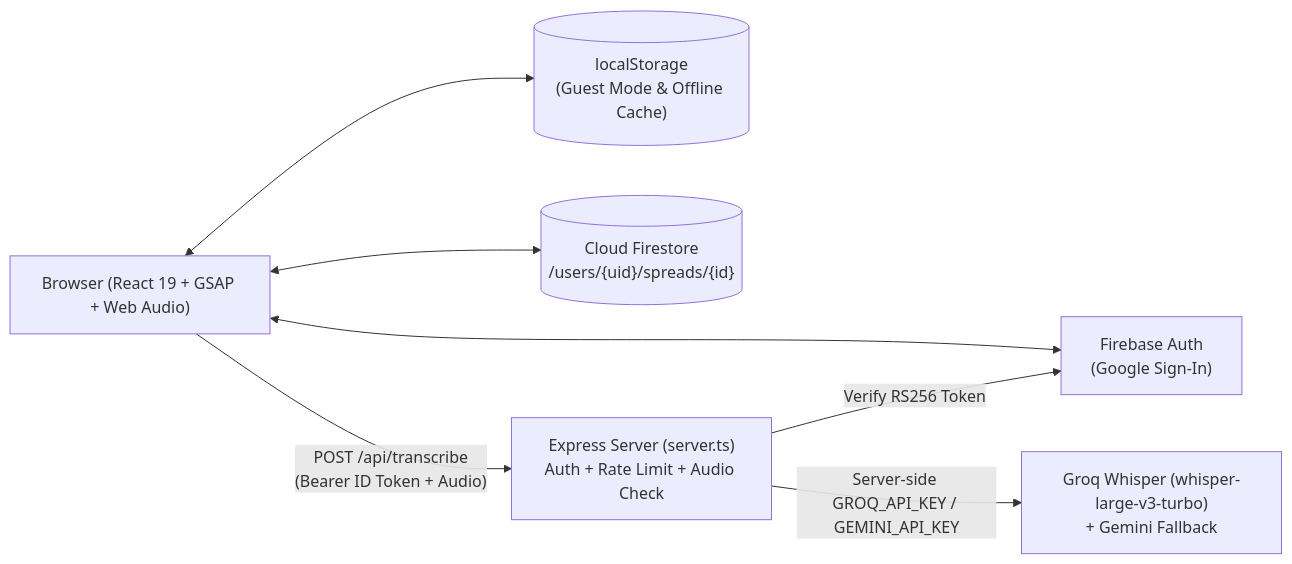
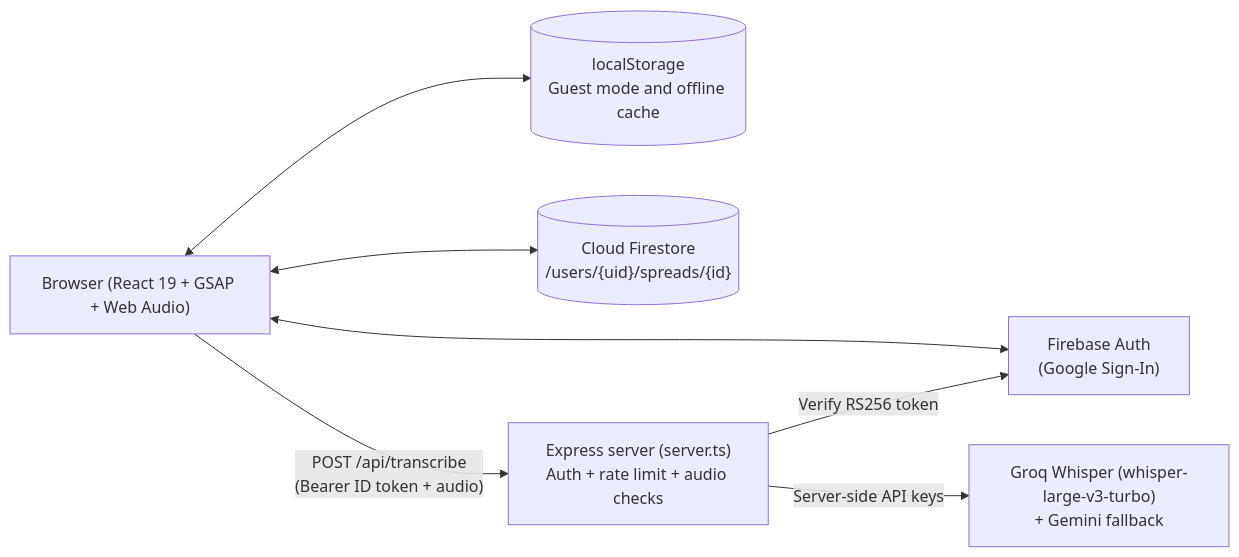
The first of 2 diagrams in README.md (ArnavPoswal15/Folio), drawn with Mermaid before and after one commit. The commit also changed other lines of this file and 3 other files, not shown here.

````diff
--- a/README.md
+++ b/README.md
@@ -30,16 +65,16 @@
 ```mermaid
 flowchart LR
   Browser["Browser (React 19 + GSAP + Web Audio)"]
-  LocalStore[("localStorage\n(Guest Mode & Offline Cache)")]
-  FirebaseAuth["Firebase Auth\n(Google Sign-In)"]
-  Firestore[("Cloud Firestore\n/users/{uid}/spreads/{id}")]
-  Express["Express Server (server.ts)\nAuth + Rate Limit + Audio Check"]
-  STT["Groq Whisper (whisper-large-v3-turbo)\n+ Gemini Fallback"]
+  LocalStore[("localStorage<br/>Guest mode and offline cache")]
+  FirebaseAuth["Firebase Auth<br/>(Google Sign-In)"]
+  Firestore[("Cloud Firestore<br/>/users/{uid}/spreads/{id}")]
+  Express["Express server (server.ts)<br/>Auth + rate limit + audio checks"]
+  STT["Groq Whisper (whisper-large-v3-turbo)<br/>+ Gemini fallback"]
 
   Browser <--> LocalStore
   Browser <--> FirebaseAuth
   Browser <--> Firestore
-  Browser -- "POST /api/transcribe\n(Bearer ID Token + Audio)" --> Express
-  Express -- "Verify RS256 Token" --> FirebaseAuth
-  Express -- "Server-side GROQ_API_KEY / GEMINI_API_KEY" --> STT
+  Browser -- "POST /api/transcribe<br/>(Bearer ID token + audio)" --> Express
+  Express -- "Verify RS256 token" --> FirebaseAuth
+  Express -- "Server-side API keys" --> STT
 ```
````
